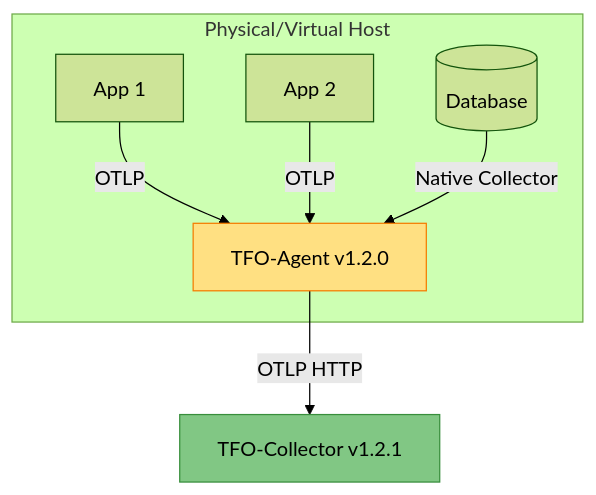
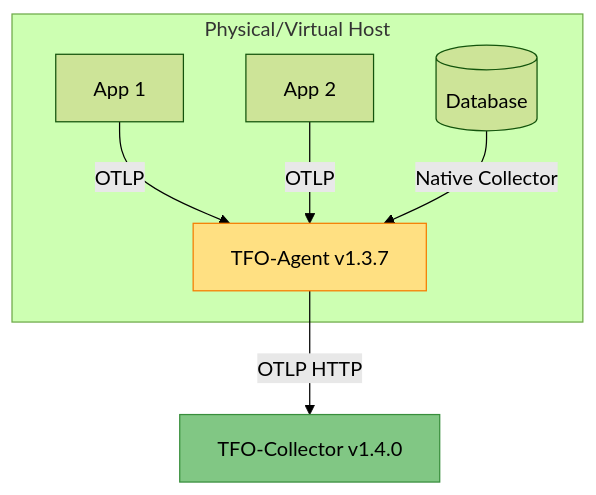
One commit to telemetryflow/telemetryflow-overview changed the fourth of 4 diagrams in tfo-otel/TFO-OTEL-AGENT.md. Above: the diagram before and after it, drawn with Mermaid (forest theme). The commit also changed other lines of this file and 11 other files, not shown here.

First line of the commit message:
docs: update component versions to latest (agent/collector/platform/OTel)

````diff
--- a/tfo-otel/TFO-OTEL-AGENT.md
+++ b/tfo-otel/TFO-OTEL-AGENT.md
@@ -789,15 +789,15 @@
 ```mermaid
 graph TB
     subgraph HOST[Physical/Virtual Host]
-        AGENT[TFO-Agent v1.2.0]
+        AGENT[TFO-Agent v1.3.7]
         APP1[App 1] -->|OTLP| AGENT
         APP2[App 2] -->|OTLP| AGENT
         DB[(Database)] -->|Native Collector| AGENT
     end
 
-    COLLECTOR[TFO-Collector v1.2.1]
+    COLLECTOR[TFO-Collector v1.4.0]
     AGENT -->|OTLP HTTP| COLLECTOR
 
     style AGENT fill:#FFE082,stroke:#F57C00,color:#000
     style COLLECTOR fill:#81C784,stroke:#388E3C,color:#000
 ```
````
